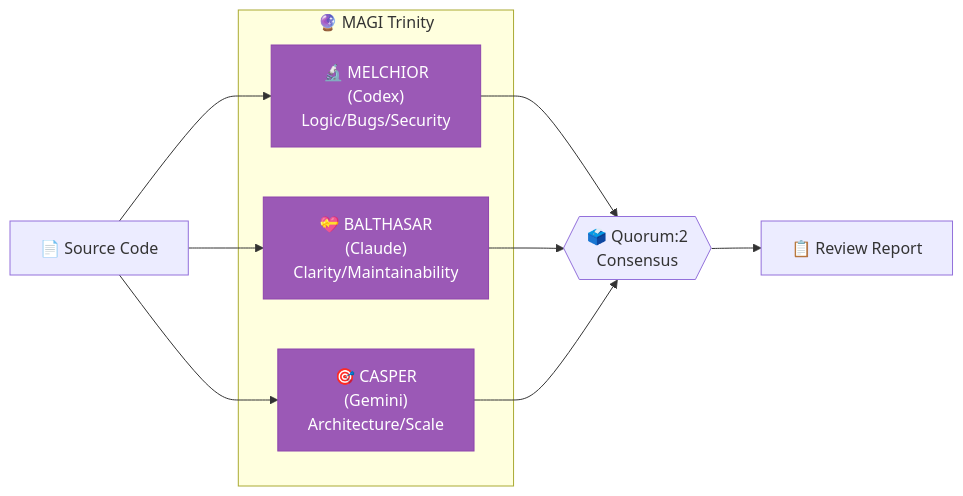
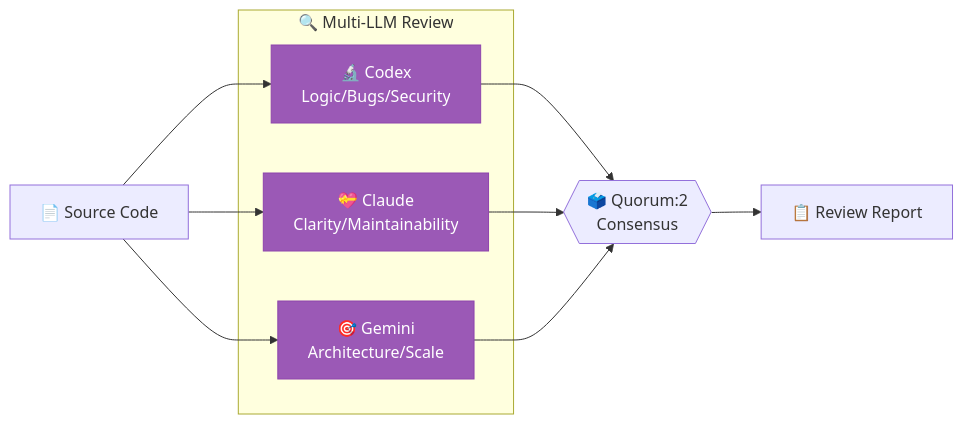
Before and after one commit to jeong-sik/llm-mcp: the first of 9 diagrams in docs/PRESETS.md, drawn with Mermaid. The commit also changed other lines of this file and 11 other files, not shown here.

First line of the commit message:
refactor: remove MAGI concept, rename to consensus

````diff
--- a/docs/PRESETS.md
+++ b/docs/PRESETS.md
@@ -24,24 +24,24 @@
 ```mermaid
 graph LR
     input["📄 Source Code"]
 
-    subgraph MAGI["🔮 MAGI Trinity"]
-        melchior["🔬 MELCHIOR<br/>(Codex)<br/>Logic/Bugs/Security"]
-        balthasar["💝 BALTHASAR<br/>(Claude)<br/>Clarity/Maintainability"]
-        casper["🎯 CASPER<br/>(Gemini)<br/>Architecture/Scale"]
+    subgraph Reviewers["🔍 Multi-LLM Review"]
+        codex["🔬 Codex<br/>Logic/Bugs/Security"]
+        claude["💝 Claude<br/>Clarity/Maintainability"]
+        gemini["🎯 Gemini<br/>Architecture/Scale"]
     end
 
     consensus{{"🗳️ Quorum:2<br/>Consensus"}}
     output["📋 Review Report"]
 
-    input --> melchior
-    input --> balthasar
-    input --> casper
-    melchior --> consensus
-    balthasar --> consensus
-    casper --> consensus
+    input --> codex
+    input --> claude
+    input --> gemini
+    codex --> consensus
+    claude --> consensus
+    gemini --> consensus
     consensus --> output
 
-    classDef magi fill:#9b59b6,stroke:#8e44ad,color:#fff
-    class melchior,balthasar,casper magi
+    classDef reviewer fill:#9b59b6,stroke:#8e44ad,color:#fff
+    class codex,claude,gemini reviewer
 ```
````
